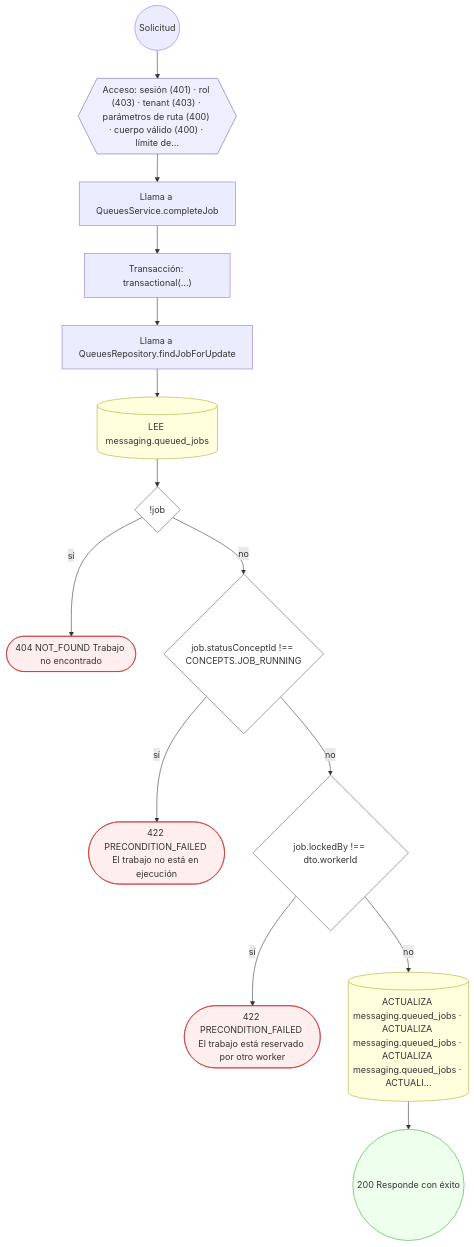
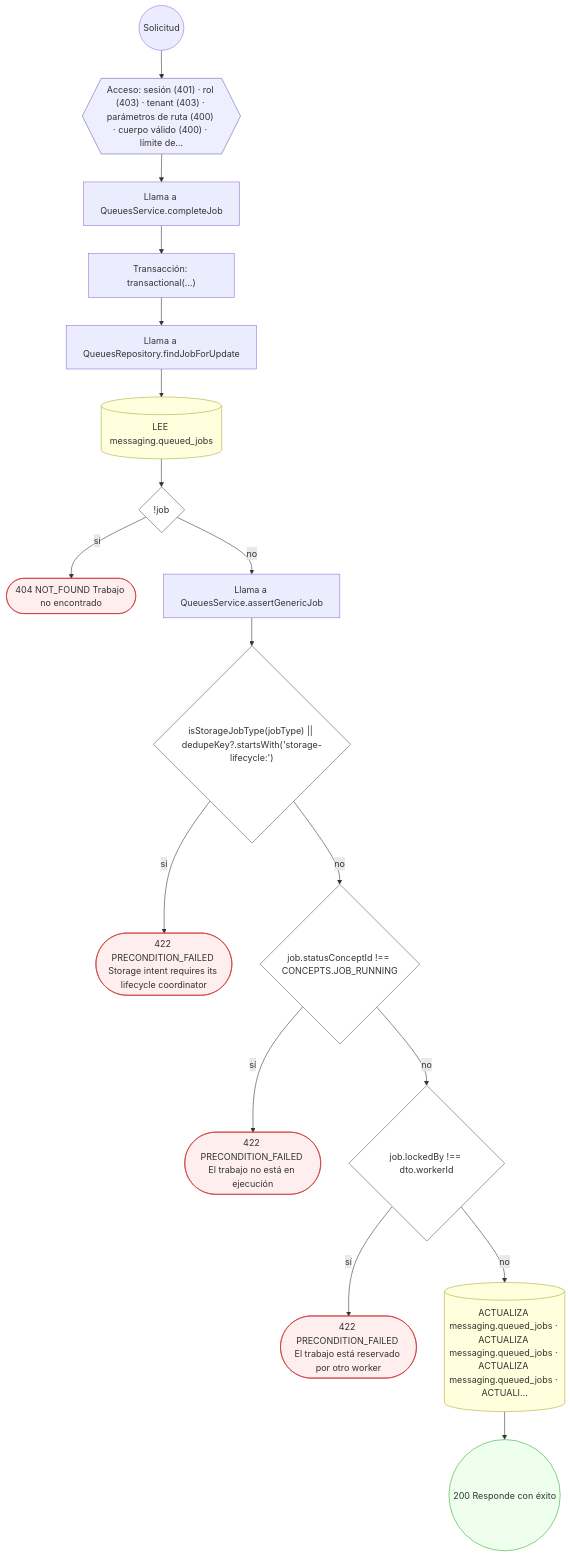
One commit to mdavila-2001/mantra-core-health-api changed the fourth of 17 diagrams in docs/inventario/flujos/messaging.md. Above: the diagram before and after it, drawn with Mermaid. The commit also changed other lines of this file and 451 other files, not shown here.

````diff
--- a/docs/inventario/flujos/messaging.md
+++ b/docs/inventario/flujos/messaging.md
@@ -356,36 +356,42 @@
 ```mermaid
 flowchart TD
   n1(("Solicitud")):::inicio
   n2{{"Acceso: sesión (401) · rol (403) · tenant (403) · parámetros de ruta (400) · cuerpo válido (400) · límite de…"}}:::acceso
   n1 --> n2
   n3["Llama a QueuesService.completeJob"]:::llamada
   n2 --> n3
   n4["Transacción: transactional(…)"]:::transaccion
   n3 --> n4
   n5["Llama a QueuesRepository.findJobForUpdate"]:::llamada
   n4 --> n5
   n6[("LEE messaging.queued_jobs")]:::efecto
   n5 --> n6
   n7{"!job"}:::decision
   n6 --> n7
   n8(["404 NOT_FOUND Trabajo no encontrado"]):::error
   n7 -->|"sí"| n8
-  n9{"job.statusConceptId !== CONCEPTS.JOB_RUNNING"}:::decision
+  n9["Llama a QueuesService.assertGenericJob"]:::llamada
   n7 -->|"no"| n9
-  n10(["422 PRECONDITION_FAILED El trabajo no está en ejecución"]):::error
-  n9 -->|"sí"| n10
-  n11{"job.lockedBy !== dto.workerId"}:::decision
-  n9 -->|"no"| n11
-  n12(["422 PRECONDITION_FAILED El trabajo está reservado por otro worker"]):::error
-  n11 -->|"sí"| n12
-  n13[("ACTUALIZA messaging.queued_jobs · ACTUALIZA messaging.queued_jobs · ACTUALIZA messaging.queued_jobs · ACTUALI…")]:::efecto
-  n11 -->|"no"| n13
-  n14(("200 Responde con éxito")):::ok
-  n13 --> n14
+  n10{"isStorageJobType(jobType) || dedupeKey?.startsWith('storage-lifecycle:')"}:::decision
+  n9 --> n10
+  n11(["422 PRECONDITION_FAILED Storage intent requires its lifecycle coordinator"]):::error
+  n10 -->|"sí"| n11
+  n12{"job.statusConceptId !== CONCEPTS.JOB_RUNNING"}:::decision
+  n10 -->|"no"| n12
+  n13(["422 PRECONDITION_FAILED El trabajo no está en ejecución"]):::error
+  n12 -->|"sí"| n13
+  n14{"job.lockedBy !== dto.workerId"}:::decision
+  n12 -->|"no"| n14
+  n15(["422 PRECONDITION_FAILED El trabajo está reservado por otro worker"]):::error
+  n14 -->|"sí"| n15
+  n16[("ACTUALIZA messaging.queued_jobs · ACTUALIZA messaging.queued_jobs · ACTUALIZA messaging.queued_jobs · ACTUALI…")]:::efecto
+  n14 -->|"no"| n16
+  n17(("200 Responde con éxito")):::ok
+  n16 --> n17
   classDef acceso fill:#eef,stroke:#66a
   classDef error fill:#fee,stroke:#c33
   classDef ok fill:#efe,stroke:#3a3
   classDef efecto fill:#ffd,stroke:#aa3
   classDef decision fill:#fff,stroke:#555
   classDef corte fill:#eee,stroke:#999,stroke-dasharray: 4
 ```
````
